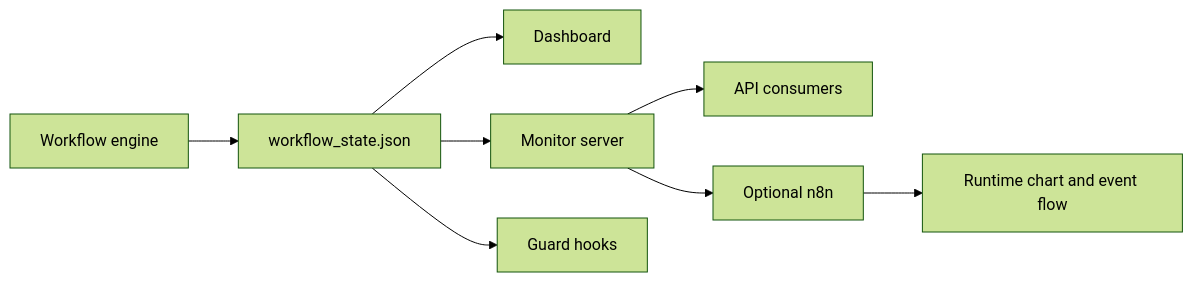
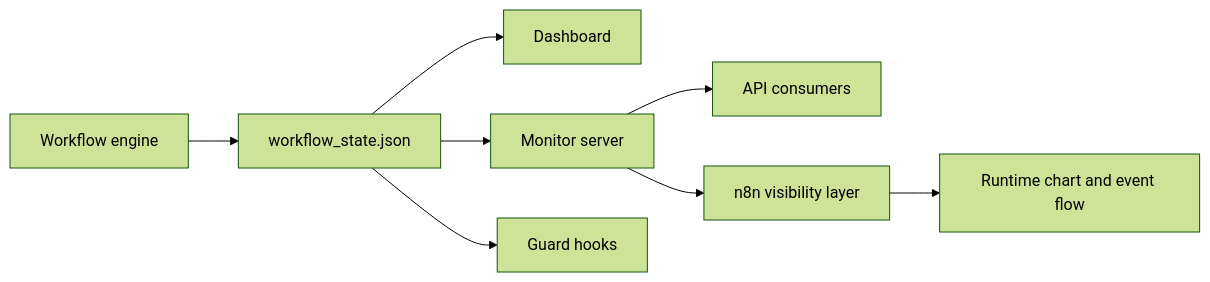
One commit to ipanov/aeroforge changed the diagram in docs/framework/monitoring-hooks-and-n8n.md. Above: the diagram before and after it, drawn with Mermaid (forest theme). The commit also changed other lines of this file and 23 other files, not shown here.

````diff
--- a/docs/framework/monitoring-hooks-and-n8n.md
+++ b/docs/framework/monitoring-hooks-and-n8n.md
@@ -15,10 +15,10 @@
 ```mermaid
 flowchart LR
     A[Workflow engine] --> B[workflow_state.json]
     B --> C[Dashboard]
     B --> D[Monitor server]
     B --> E[Guard hooks]
     D --> F[API consumers]
-    D --> G[Optional n8n]
+    D --> G[n8n visibility layer]
     G --> H[Runtime chart and event flow]
 ```
````
